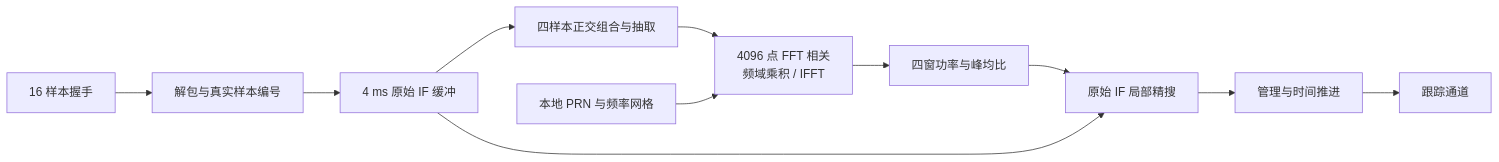
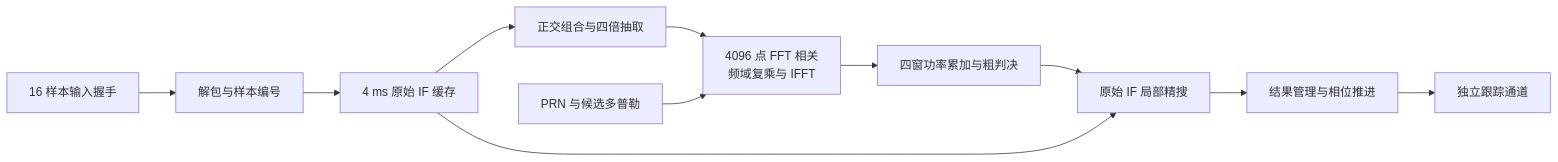
Before and after one commit to Ultramarine-1011/B1I_Receiver_EDA: the diagram in docs/ACQUISITION_REPORT.md, drawn with Mermaid. The commit also changed other lines of this file and 4 other files, not shown here.

````diff
--- a/docs/ACQUISITION_REPORT.md
+++ b/docs/ACQUISITION_REPORT.md
@@ -34,13 +36,13 @@
 ```mermaid
 flowchart LR
-    IF[16 样本握手] --> U[解包与真实样本编号]
-    U --> BUF[4 ms 原始 IF 缓冲]
-    BUF --> DEC[四样本正交组合与抽取]
-    DEC --> FFT["4096 点 FFT 相关<br/>频域乘积 / IFFT"]
-    PRN[本地 PRN 与频率网格] --> FFT
-    FFT --> P[四窗功率与峰均比]
-    P --> FINE[原始 IF 局部精搜]
+    IN[16 样本输入握手] --> U[解包与样本编号]
+    U --> BUF[4 ms 原始 IF 缓存]
+    BUF --> DEC[正交组合与四倍抽取]
+    DEC --> FFT["4096 点 FFT 相关<br/>频域复乘与 IFFT"]
+    REF[PRN 与候选多普勒] --> FFT
+    FFT --> SUM[四窗功率累加与粗判决]
+    SUM --> FINE[原始 IF 局部精搜]
     BUF --> FINE
-    FINE --> M[管理与时间推进]
-    M --> T[跟踪通道]
+    FINE --> HAND[结果管理与相位推进]
+    HAND --> TRACK[独立跟踪通道]
 ```
````
